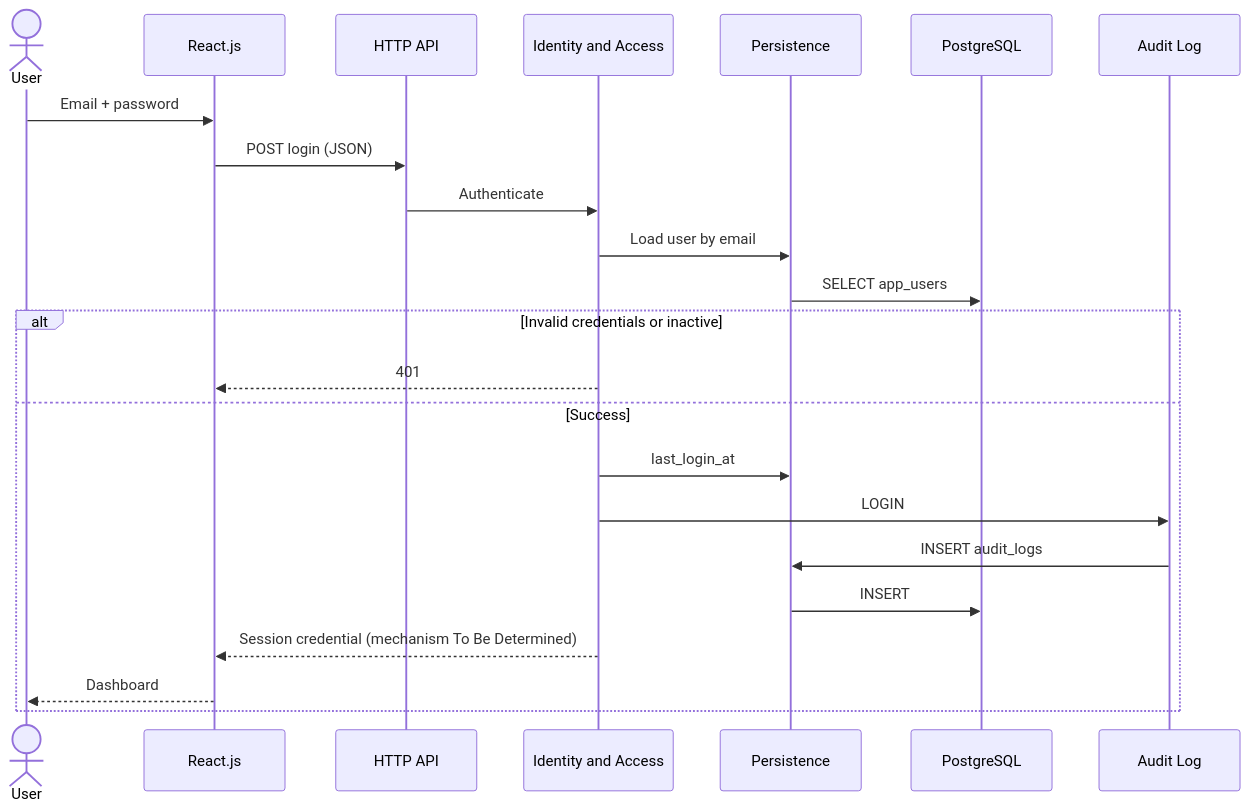
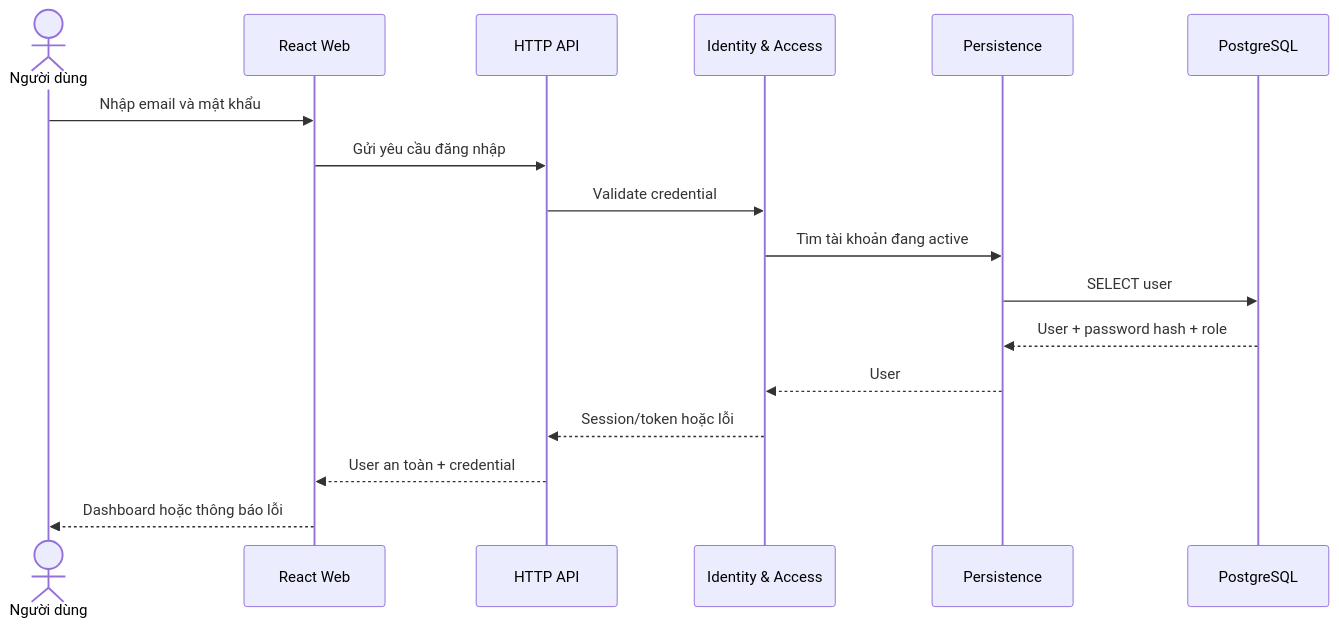
Before and after one commit to PhamHiep948/finance-manager: the first of 4 diagrams in docs/architecture/arc42/06-runtime-view.md, drawn with Mermaid. The commit also changed other lines of this file and 63 other files, not shown here.

````diff
--- a/docs/architecture/arc42/06-runtime-view.md
+++ b/docs/architecture/arc42/06-runtime-view.md
@@ -11,26 +7,19 @@
 ```mermaid
 sequenceDiagram
-  actor User
-  participant React as React.js
-  participant API as HTTP API
-  participant Id as Identity and Access
-  participant P as Persistence
-  participant DB as PostgreSQL
-  participant Aud as Audit Log
-
-  User->>React: Email + password
-  React->>API: POST login (JSON)
-  API->>Id: Authenticate
-  Id->>P: Load user by email
-  P->>DB: SELECT app_users
-  alt Invalid credentials or inactive
-    Id-->>React: 401
-  else Success
-    Id->>P: last_login_at
-    Id->>Aud: LOGIN
-    Aud->>P: INSERT audit_logs
-    P->>DB: INSERT
-    Id-->>React: Session credential (mechanism To Be Determined)
-    React-->>User: Dashboard
-  end
+    actor U as Người dùng
+    participant W as React Web
+    participant A as HTTP API
+    participant I as Identity & Access
+    participant P as Persistence
+    participant D as PostgreSQL
+    U->>W: Nhập email và mật khẩu
+    W->>A: Gửi yêu cầu đăng nhập
+    A->>I: Validate credential
+    I->>P: Tìm tài khoản đang active
+    P->>D: SELECT user
+    D-->>P: User + password hash + role
+    P-->>I: User
+    I-->>A: Session/token hoặc lỗi
+    A-->>W: User an toàn + credential
+    W-->>U: Dashboard hoặc thông báo lỗi
 ```
````
